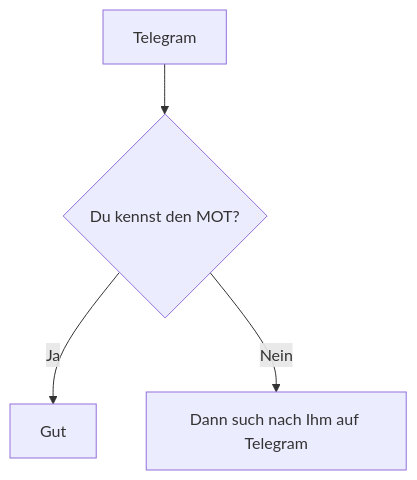
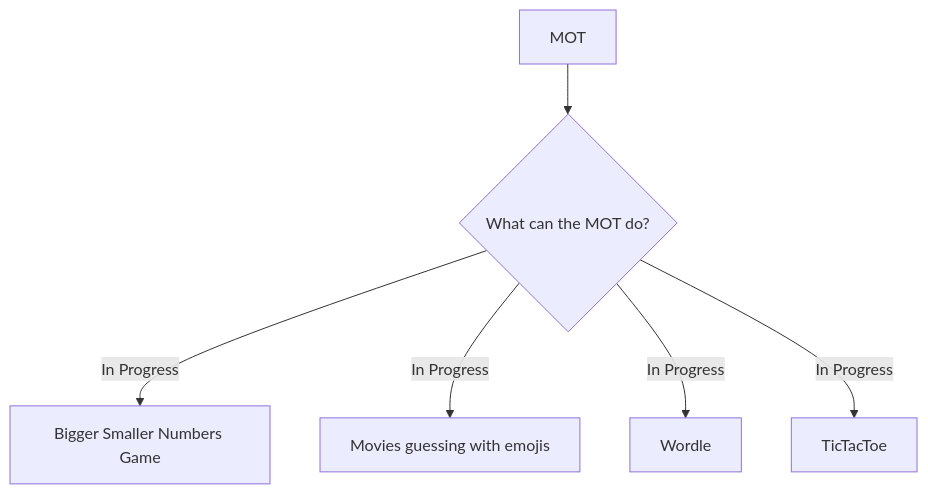
The diagram in README.md (MOT-Multi-Functional-Bot/MOT-Multi-Functional-Bot), drawn with Mermaid before and after one commit.

````diff
--- a/README.md
+++ b/README.md
@@ -9,8 +9,10 @@
 ```mermaid
  
  flowchart TD
-    A[Telegram] --> B{Du kennst den MOT?};
-    B --Ja--> C[Gut];
-    B -- Nein --> D[Dann such nach Ihm auf Telegram];
+    A[MOT] --> B{What can the MOT do?};
+    B -- In Progress --> E[Bigger Smaller Numbers Game];
+    B -- In Progress --> F[Movies guessing with emojis];
+    B -- In Progress --> G[Wordle];
+    B -- In Progress --> H[TicTacToe];
     
 ```
````
